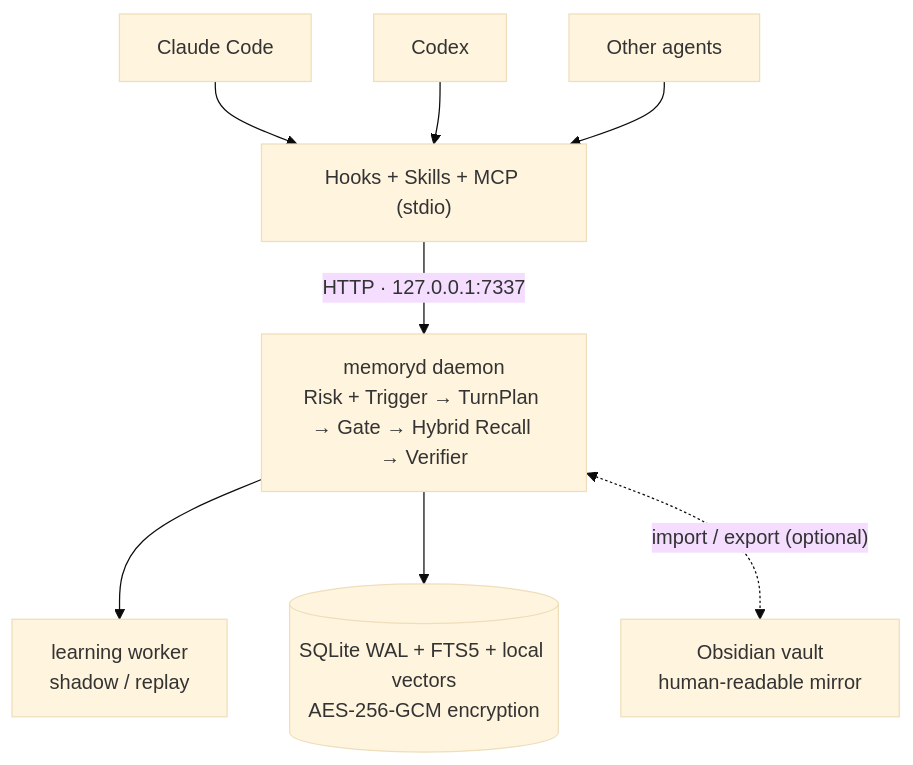
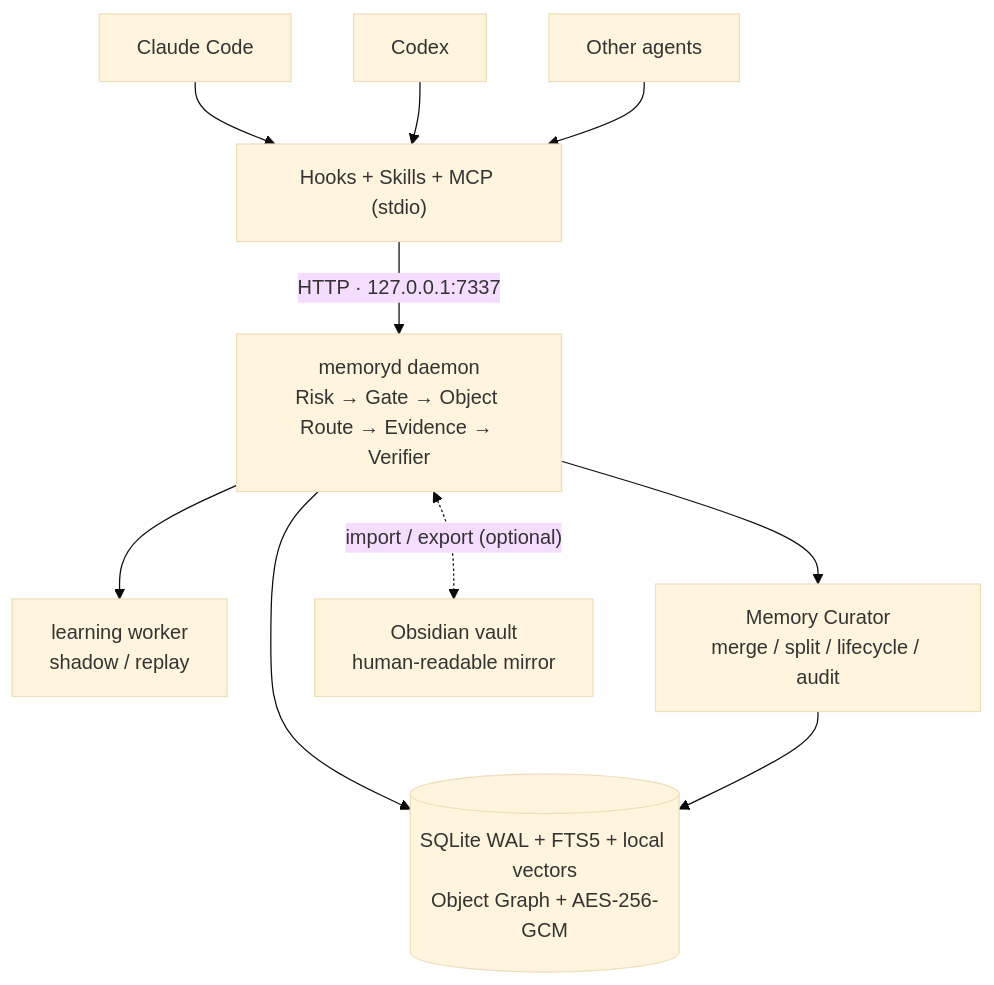
Before and after one commit to MattSureham/memoryd: the third of 3 diagrams in README.en.md, drawn with Mermaid (base theme). The commit also changed other lines of this file and 34 other files, not shown here.

Commit message:
feat: add adaptive self-evolving memory architecture

````diff
--- a/README.en.md
+++ b/README.en.md
@@ -91,8 +107,10 @@
 ```mermaid
 flowchart TD
     CC["Claude Code"] & CX["Codex"] & AG["Other agents"] --> HK["Hooks + Skills + MCP (stdio)"]
-    HK -->|"HTTP · 127.0.0.1:7337"| D["memoryd daemon<br/>Risk + Trigger → TurnPlan → Gate → Hybrid Recall → Verifier"]
+    HK -->|"HTTP · 127.0.0.1:7337"| D["memoryd daemon<br/>Risk → Gate → Object Route → Evidence → Verifier"]
     D --> LW["learning worker<br/>shadow / replay"]
-    D --> DB[("SQLite WAL + FTS5 + local vectors<br/>AES-256-GCM encryption")]
+    D --> CU["Memory Curator<br/>merge / split / lifecycle / audit"]
+    D --> DB[("SQLite WAL + FTS5 + local vectors<br/>Object Graph + AES-256-GCM")]
+    CU --> DB
     D <-.->|"import / export (optional)"| OB["Obsidian vault<br/>human-readable mirror"]
 ```
````
